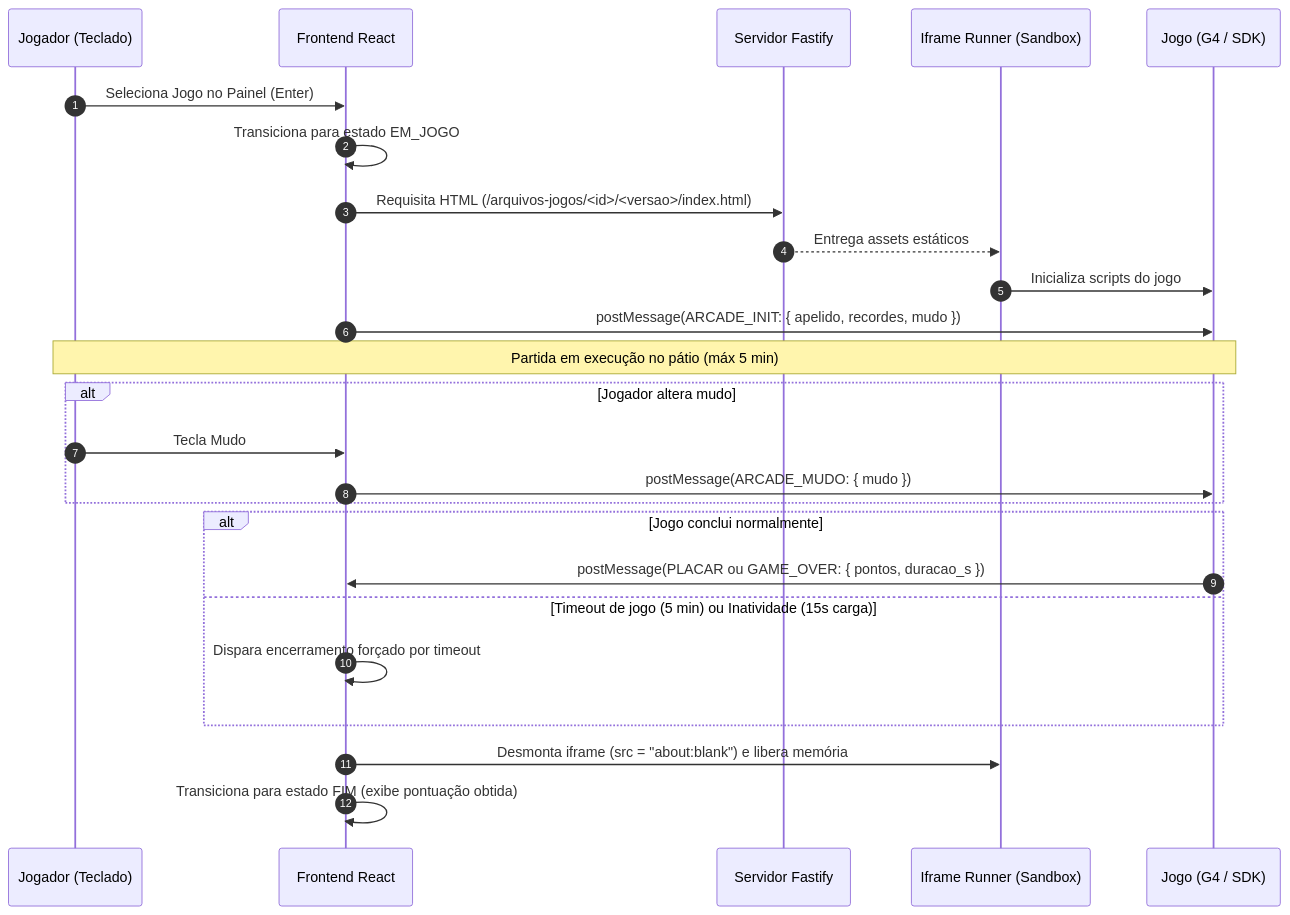
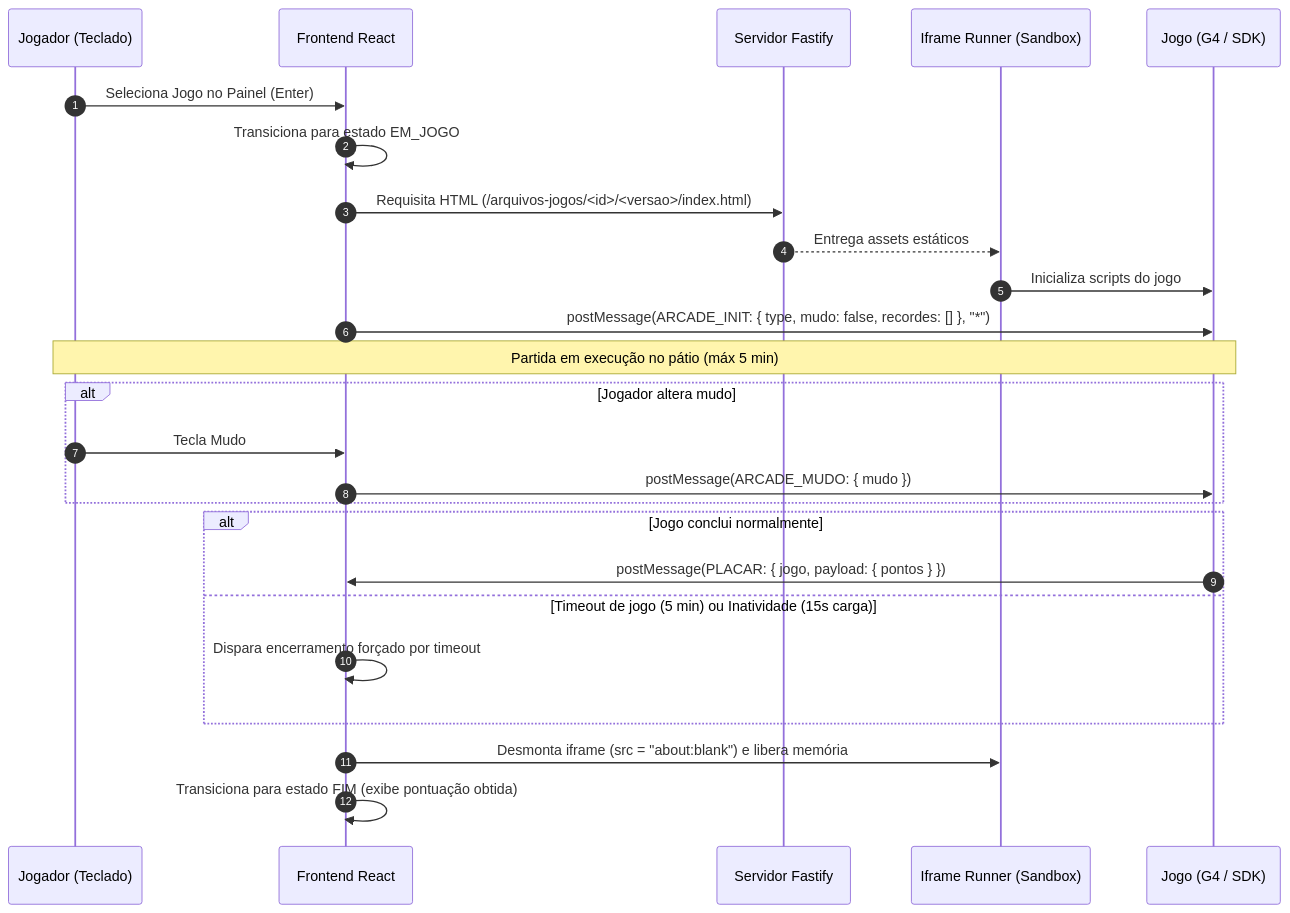
Before and after one commit to 2004Maycon/Fliperama-: the third of 6 diagrams in docs/planejamento/arquitetura.md, drawn with Mermaid. The commit also changed other lines of this file and 20 other files, not shown here.

Commit message:
feat: implementa ARCADE_INIT e sandbox do iframe

````diff
--- a/docs/planejamento/arquitetura.md
+++ b/docs/planejamento/arquitetura.md
@@ -233,32 +233,32 @@
 ```mermaid
 sequenceDiagram
     autonumber
     participant Player as Jogador (Teclado)
     participant UI as Frontend React
     participant Fastify as Servidor Fastify
     participant Iframe as Iframe Runner (Sandbox)
     participant Game as Jogo (G4 / SDK)
 
     Player->>UI: Seleciona Jogo no Painel (Enter)
     UI->>UI: Transiciona para estado EM_JOGO
     UI->>Fastify: Requisita HTML (/arquivos-jogos/<id>/<versao>/index.html)
     Fastify-->>Iframe: Entrega assets estáticos
     Iframe->>Game: Inicializa scripts do jogo
 
-    UI->>Game: postMessage(ARCADE_INIT: { apelido, recordes, mudo })
+    UI->>Game: postMessage(ARCADE_INIT: { type, mudo: false, recordes: [] }, "*")
     Note over Game,Player: Partida em execução no pátio (máx 5 min)
 
     alt Jogador altera mudo
         Player->>UI: Tecla Mudo
         UI->>Game: postMessage(ARCADE_MUDO: { mudo })
     end
 
     alt Jogo conclui normalmente
-        Game->>UI: postMessage(PLACAR ou GAME_OVER: { pontos, duracao_s })
+        Game->>UI: postMessage(PLACAR: { jogo, payload: { pontos } })
     else Timeout de jogo (5 min) ou Inatividade (15s carga)
         UI->>UI: Dispara encerramento forçado por timeout
     end
 
     UI->>Iframe: Desmonta iframe (src = "about:blank") e libera memória
     UI->>UI: Transiciona para estado FIM (exibe pontuação obtida)
 ```
````
